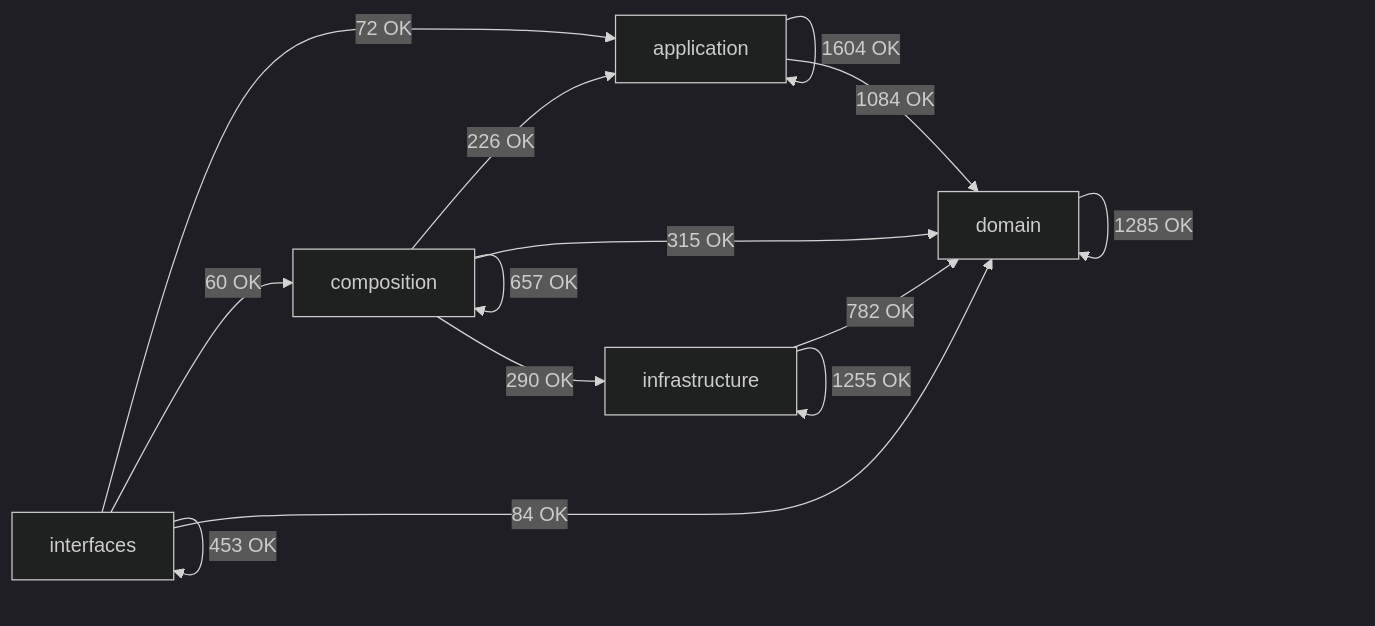
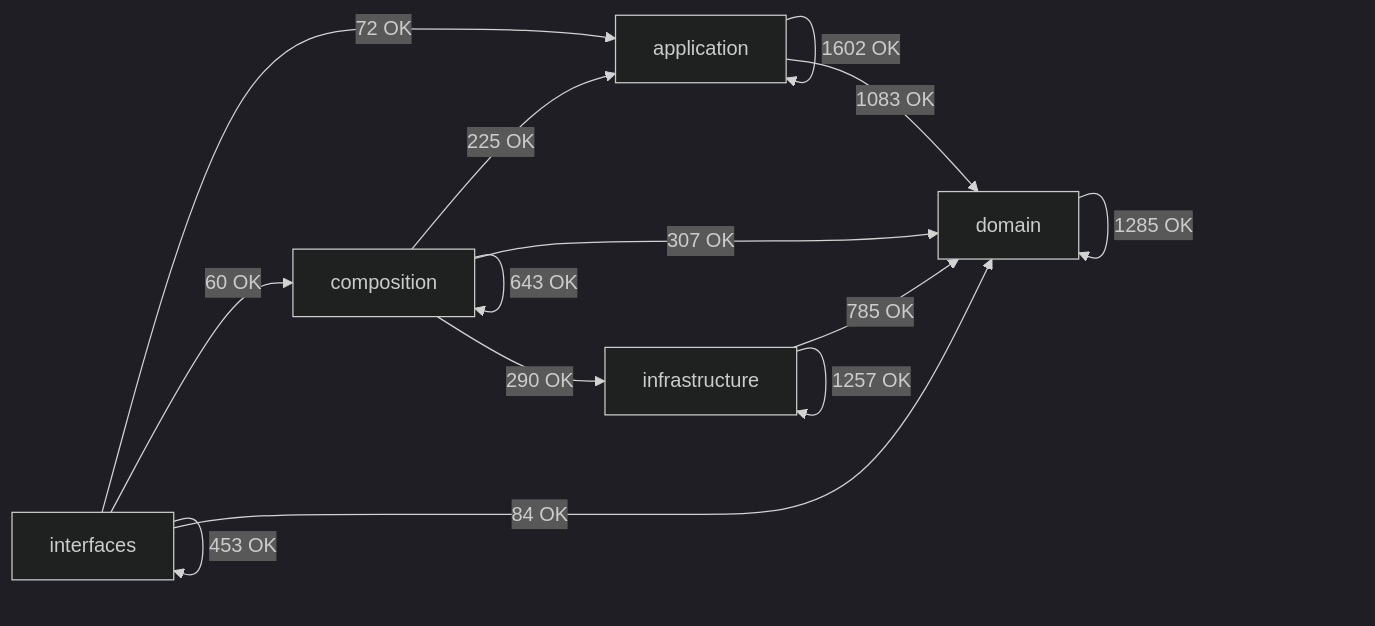
Before and after one commit to SatoryKono/BioactivityDataAcquisition: the diagram in docs/02-architecture/generated/module-dependency-map.md, drawn with Mermaid (dark theme). The commit also changed other lines of this file and 76 other files, not shown here.

Commit message:
fix(architecture): restore governed owners and bounded replay dependencies

````diff
--- a/docs/02-architecture/generated/module-dependency-map.md
+++ b/docs/02-architecture/generated/module-dependency-map.md
@@ -17,21 +17,21 @@
 ```mermaid
 flowchart LR
     domain[domain]
     application[application]
     infrastructure[infrastructure]
     composition[composition]
     interfaces[interfaces]
-    application -->|1604 OK| application
-    application -->|1084 OK| domain
-    composition -->|226 OK| application
-    composition -->|657 OK| composition
-    composition -->|315 OK| domain
+    application -->|1602 OK| application
+    application -->|1083 OK| domain
+    composition -->|225 OK| application
+    composition -->|643 OK| composition
+    composition -->|307 OK| domain
     composition -->|290 OK| infrastructure
     domain -->|1285 OK| domain
-    infrastructure -->|782 OK| domain
-    infrastructure -->|1255 OK| infrastructure
+    infrastructure -->|785 OK| domain
+    infrastructure -->|1257 OK| infrastructure
     interfaces -->|72 OK| application
     interfaces -->|60 OK| composition
     interfaces -->|84 OK| domain
     interfaces -->|453 OK| interfaces
 ```
````
